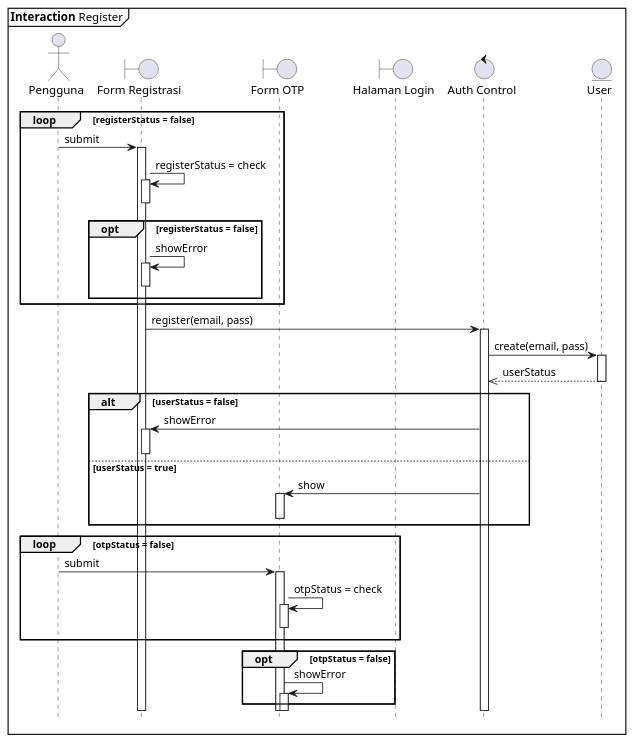
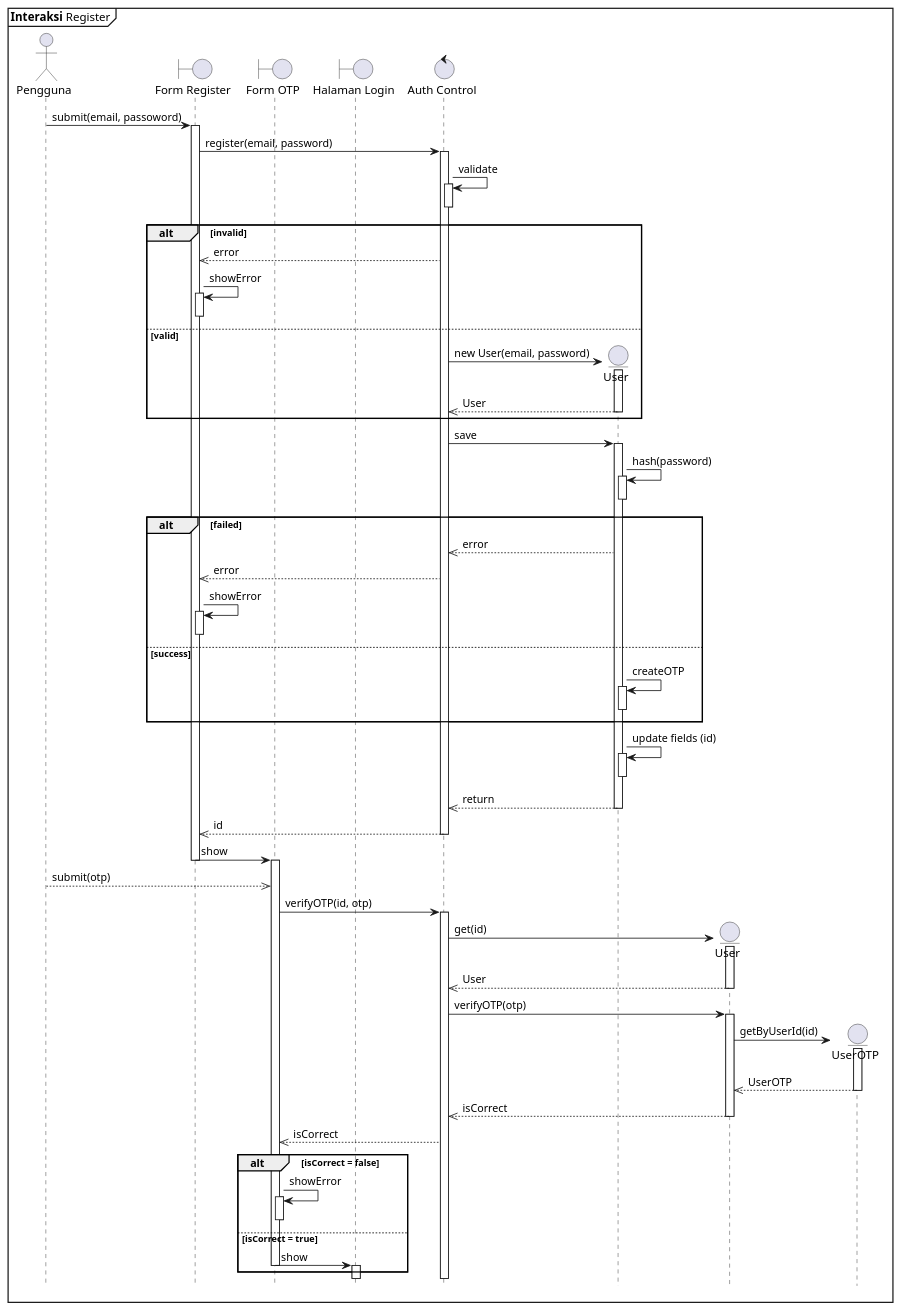
The diagram in sequence/register.puml (clarestarahma/manajemen-investasi), drawn with PlantUML before and after one commit. The commit also changed 3 other files, not shown here.

Commit message:
mengubah sequence auth

```diff
--- a/sequence/register.puml
+++ b/sequence/register.puml
@@ -1,48 +1,109 @@
 @startuml Sequence
 
 hide footbox
-autoactivate on
 
-mainframe **Interaction** Register
+mainframe **Interaksi** Register
 
 actor "Pengguna"
-boundary "Form Registrasi" as FR
+boundary "Form Register" as FR
 boundary "Form OTP" as FOTP
-boundary "Halaman Login" as HL
+boundary "Halaman Login" as HD
 control "Auth Control" as AC
 ' entity "Auth Service" as ASR
-entity "User" as user
+entity "User" as User
+entity "User" as User2
+entity "UserOTP" as UOTP
 
-loop registerStatus = false
-    Pengguna -> FR: submit
-    FR -> FR: registerStatus = check 
-    deactivate FR
+Pengguna -> FR : submit(email, passoword)
+activate FR
 
-    opt registerStatus = false
-        FR -> FR: showError
-        deactivate FR
-    end
-end 
+FR -> AC : register(email, password)
+activate AC
 
-FR -> AC : register(email, pass)
-AC -> user : create(email, pass)
-user -->> AC : userStatus
+AC -> AC : validate
+activate AC
+deactivate AC
 
-alt userStatus = false
-    AC -> FR : showError
-    deactivate FR  
-else userStatus = true 
-    AC -> FOTP : show
-    deactivate FOTP
+alt invalid
+  AC -->> FR : error
+  FR -> FR : showError
+  activate FR
+  deactivate FR
+else valid
+  AC -> User ** : new User(email, password)
+  activate User
+  User -->> AC : User
+  deactivate User
 end
-    loop otpStatus = false
-        Pengguna -> FOTP: submit
-        FOTP -> FOTP: otpStatus = check
-        deactivate FOTP
-    end
-        opt otpStatus = false
-            FOTP -> FOTP: showError
-        end
+
+  AC -> User : save
+  activate User
+
+  User -> User : hash(password)
+  activate User
+  deactivate User
+
+alt failed
+  User -->> AC : error
+
+  AC -->> FR : error
+  FR -> FR : showError
+  activate FR
+  deactivate FR
+else success
+  User -> User : createOTP
+  activate User
+  deactivate User
+
+end
+
+User -> User : update fields (id)
+activate User 
+deactivate User
+
+User -->> AC : return
+deactivate User
+
+AC -->> FR : id
+deactivate AC
+
+FR -> FOTP : show
+deactivate FR
+activate FOTP
+
+Pengguna -->> FOTP : submit(otp)
+FOTP -> AC : verifyOTP(id, otp)
+activate AC
+
+AC -> User2 ** : get(id)
+activate User2
+
+User2 -->> AC : User
+deactivate User2
+
+AC -> User2 : verifyOTP(otp)
+activate User2
+
+User2 -> UOTP ** : getByUserId(id)
+activate UOTP
+UOTP -->> User2 : UserOTP
+deactivate UOTP
+
+User2 -->> AC : isCorrect
+deactivate User2
+
+AC -->> FOTP : isCorrect
+
+alt isCorrect = false
+  FOTP -> FOTP : showError
+  activate FOTP
+  deactivate FOTP
+else isCorrect = true
+  FOTP -> HD : show
+  deactivate FOTP
+  activate HD 
+end
+
 
 
 @enduml
```
